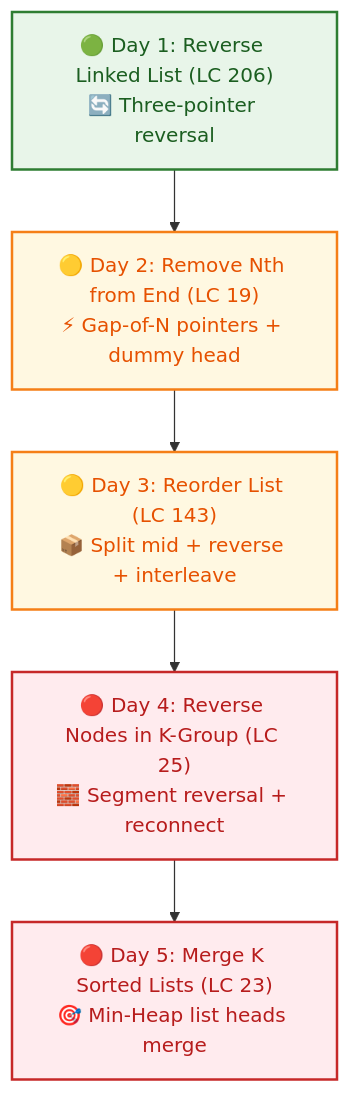
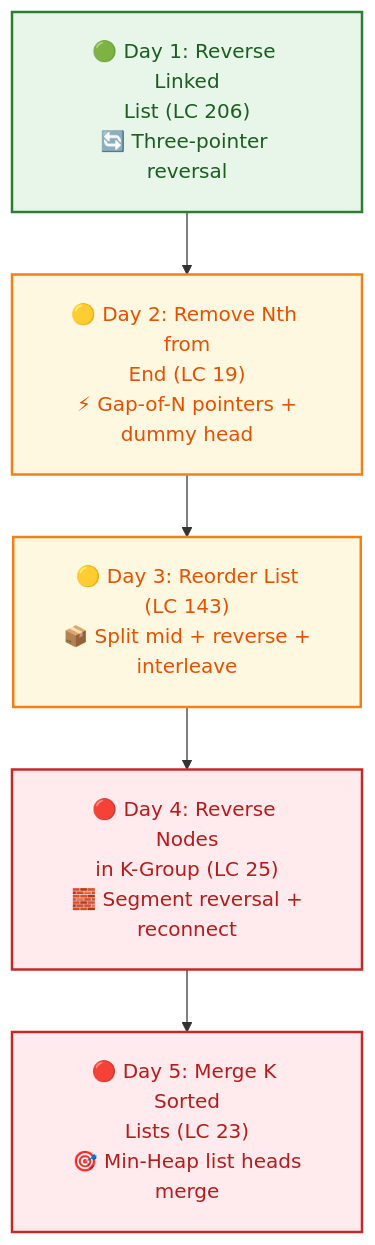
One commit to dip4k/DSA_102 changed the tenth of 19 diagrams in Senior_dsa_question_list.md. Above: the diagram before and after it, drawn with Mermaid. The commit also changed other lines of this file and 108 other files, not shown here.

First line of the commit message:
fix(mermaid): resolve diagram clipping, padding, and syntax issues across repo

````diff
--- a/Senior_dsa_question_list.md
+++ b/Senior_dsa_question_list.md
@@ -337,14 +346,15 @@
 ```mermaid
+%%{init: {"flowchart": {"htmlLabels": true, "padding": 20}}}%%
 flowchart TD
     classDef startNode fill:#e8f5e9,stroke:#2e7d32,stroke-width:2px,color:#1b5e20
     classDef midNode fill:#fff8e1,stroke:#f57f17,stroke-width:2px,color:#e65100
     classDef hardNode fill:#ffebee,stroke:#c62828,stroke-width:2px,color:#b71c1c
 
-    A["🟢 Day 1: Reverse Linked List (LC 206)<br/>🔄 Three-pointer reversal"]:::startNode
-    B["🟡 Day 2: Remove Nth from End (LC 19)<br/>⚡ Gap-of-N pointers + dummy head"]:::midNode
-    C["🟡 Day 3: Reorder List (LC 143)<br/>📦 Split mid + reverse + interleave"]:::midNode
-    D["🔴 Day 4: Reverse Nodes in K-Group (LC 25)<br/>🧱 Segment reversal + reconnect"]:::hardNode
-    E["🔴 Day 5: Merge K Sorted Lists (LC 23)<br/>🎯 Min-Heap list heads merge"]:::hardNode
+    A["🟢 Day 1: Reverse Linked<br/>List (LC 206)<br/>🔄 Three-pointer reversal"]:::startNode
+    B["🟡 Day 2: Remove Nth from<br/>End (LC 19)<br/>⚡ Gap-of-N pointers +<br/>dummy head"]:::midNode
+    C["🟡 Day 3: Reorder List<br/>(LC 143)<br/>📦 Split mid + reverse +<br/>interleave"]:::midNode
+    D["🔴 Day 4: Reverse Nodes<br/>in K-Group (LC 25)<br/>🧱 Segment reversal +<br/>reconnect"]:::hardNode
+    E["🔴 Day 5: Merge K Sorted<br/>Lists (LC 23)<br/>🎯 Min-Heap list heads<br/>merge"]:::hardNode
 
     A --> B --> C --> D --> E
 ```
````
